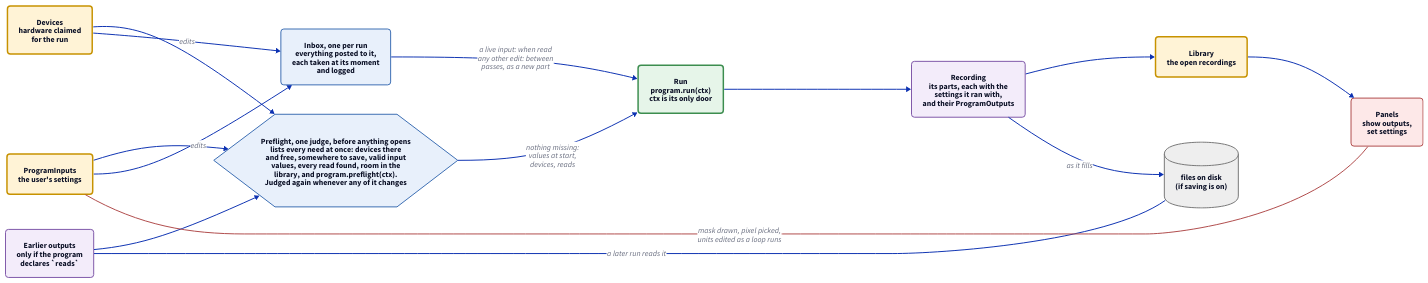
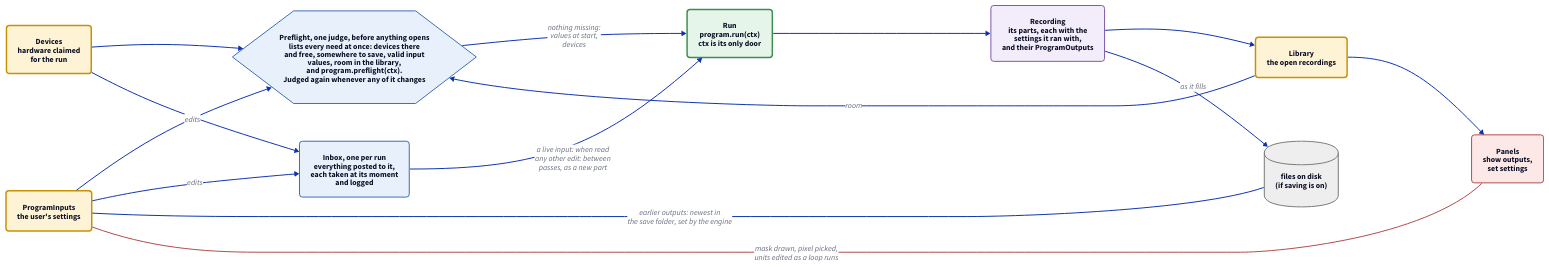
Before and after one commit to FishyIshyFishy/pyrpoc: the diagram in docs/diagrams/core.d2, drawn with D2. The commit also changed 25 other files, not shown here.

First line of the commit message:
Make earlier outputs ordinary program inputs

```diff
--- a/docs/diagrams/core.d2
+++ b/docs/diagrams/core.d2
@@ -1,43 +1,42 @@
 # Board 1 of 2: what flows into a program and what comes out. See nouns.d2 for the nouns.
 direction: right
 
 classes: {
   coll: {style: {fill: "#fff3d6"; stroke: "#c79200"; stroke-width: 3; border-radius: 6}}
   prog: {style: {fill: "#e6f5e9"; stroke: "#3c8d4f"; stroke-width: 3; border-radius: 6}}
   inbox: {style: {fill: "#e8f0fb"; stroke: "#3b6db3"; stroke-width: 2; border-radius: 6}}
   val: {style: {fill: "#f3ecfa"; stroke: "#7e57a8"; border-radius: 6}}
   view: {style: {fill: "#fde8e8"; stroke: "#b04a4a"; border-radius: 6}}
   disk: {shape: cylinder; style: {fill: "#eeeeee"; stroke: "#777777"}}
   check: {shape: hexagon; style: {fill: "#e8f0fb"; stroke: "#3b6db3"}}
 }
 
 settings: "ProgramInputs\nthe user's settings" {class: coll}
 devices: "Devices\nhardware claimed\nfor the run" {class: coll}
-earlier: "Earlier outputs\nonly if the program\ndeclares `reads`" {class: val}
 
 inbox: "Inbox, one per run\neverything posted to it,\neach taken at its moment\nand logged" {class: inbox}
 
-preflight: "Preflight, one judge, before anything opens\nlists every need at once: devices there\nand free, somewhere to save, valid input\nvalues, every read found, room in the\nlibrary, and program.preflight(ctx).\nJudged again whenever any of it changes" {class: check}
+preflight: "Preflight, one judge, before anything opens\nlists every need at once: devices there\nand free, somewhere to save, valid input\nvalues, room in the library,\nand program.preflight(ctx).\nJudged again whenever any of it changes" {class: check}
 
 run: "Run\nprogram.run(ctx)\nctx is its only door" {class: prog}
 
 recording: "Recording\nits parts, each with the\nsettings it ran with,\nand their ProgramOutputs" {class: val}
 library: "Library\nthe open recordings" {class: coll}
 files: "files on disk\n(if saving is on)" {class: disk}
 panels: "Panels\nshow outputs,\nset settings" {class: view}
 
 settings -> preflight
 devices -> preflight
-earlier -> preflight
-preflight -> run: "nothing missing:\nvalues at start,\ndevices, reads"
+library -> preflight: "room"
+preflight -> run: "nothing missing:\nvalues at start,\ndevices"
 
 settings -> inbox: "edits"
 devices -> inbox: "edits"
 inbox -> run: "a live input: when read\nany other edit: between\npasses, as a new part"
 
 run -> recording
 recording -> library
 recording -> files: "as it fills"
-earlier -- files: "a later run reads it" {source-arrowhead.shape: triangle}
+settings -- files: "earlier outputs: newest in\nthe save folder, set by the engine" {source-arrowhead.shape: triangle}
 library -> panels
 settings -- panels: "mask drawn, pixel picked,\nunits edited as a loop runs" {source-arrowhead.shape: triangle; style.stroke: "#b04a4a"}
```
